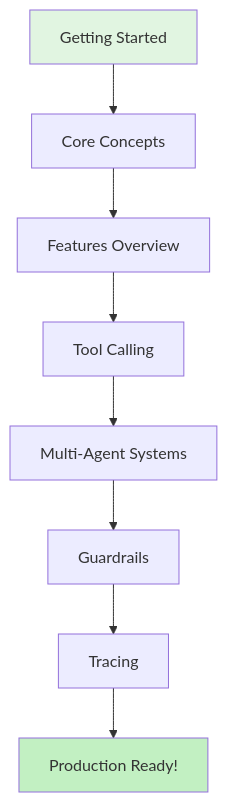
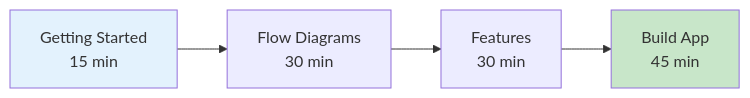
One commit to Manoj-tawk/tawk-agents-sdk changed the first of 3 diagrams in docs/README.md. Above: the diagram before and after it, drawn with Mermaid. The commit also changed other lines of this file and 32 other files, not shown here.

````diff
--- a/docs/README.md
+++ b/docs/README.md
@@ -182,13 +48,9 @@
 ```mermaid
-graph TD
-    A[Getting Started] --> B[Core Concepts]
-    B --> C[Features Overview]
-    C --> D[Tool Calling]
-    D --> E[Multi-Agent Systems]
-    E --> F[Guardrails]
-    F --> G[Tracing]
-    G --> H[Production Ready!]
+flowchart LR
+    A[Getting Started<br/>15 min] --> B[Flow Diagrams<br/>30 min]
+    B --> C[Features<br/>30 min]
+    C --> D[Build App<br/>45 min]
     
-    style A fill:#e1f5e1
-    style H fill:#c2f0c2
+    style A fill:#e3f2fd
+    style D fill:#c8e6c9
 ```
````
